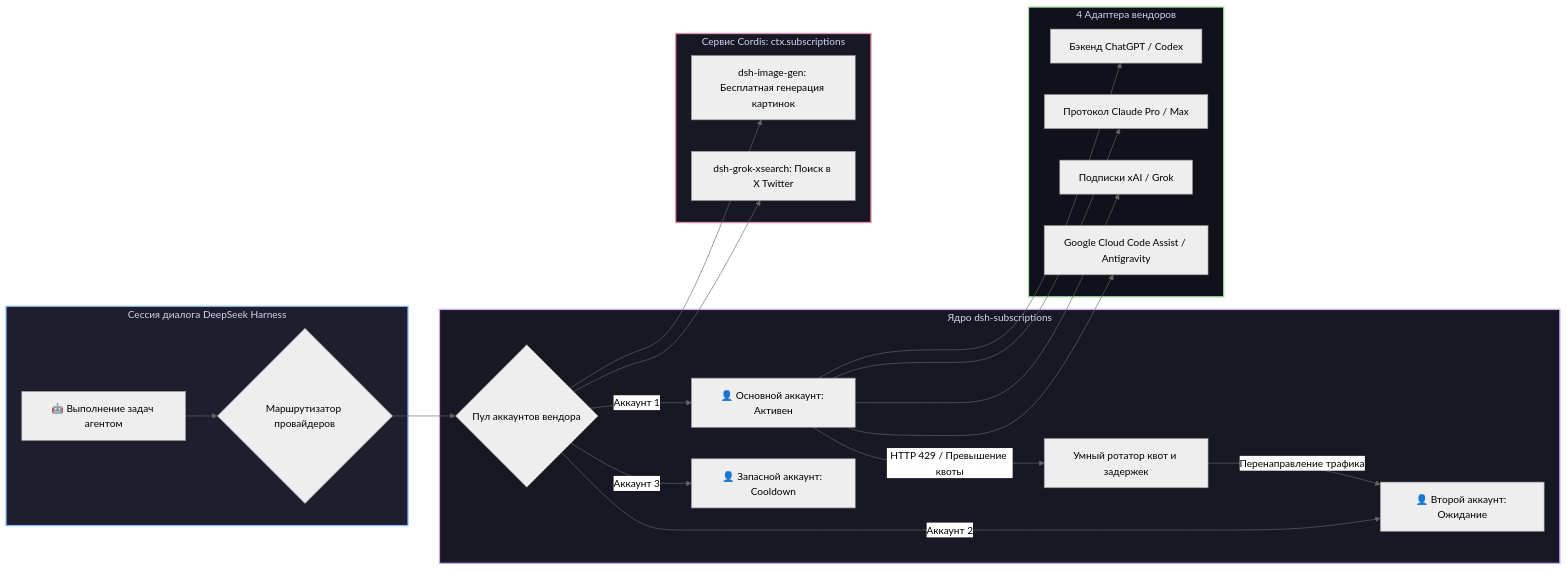
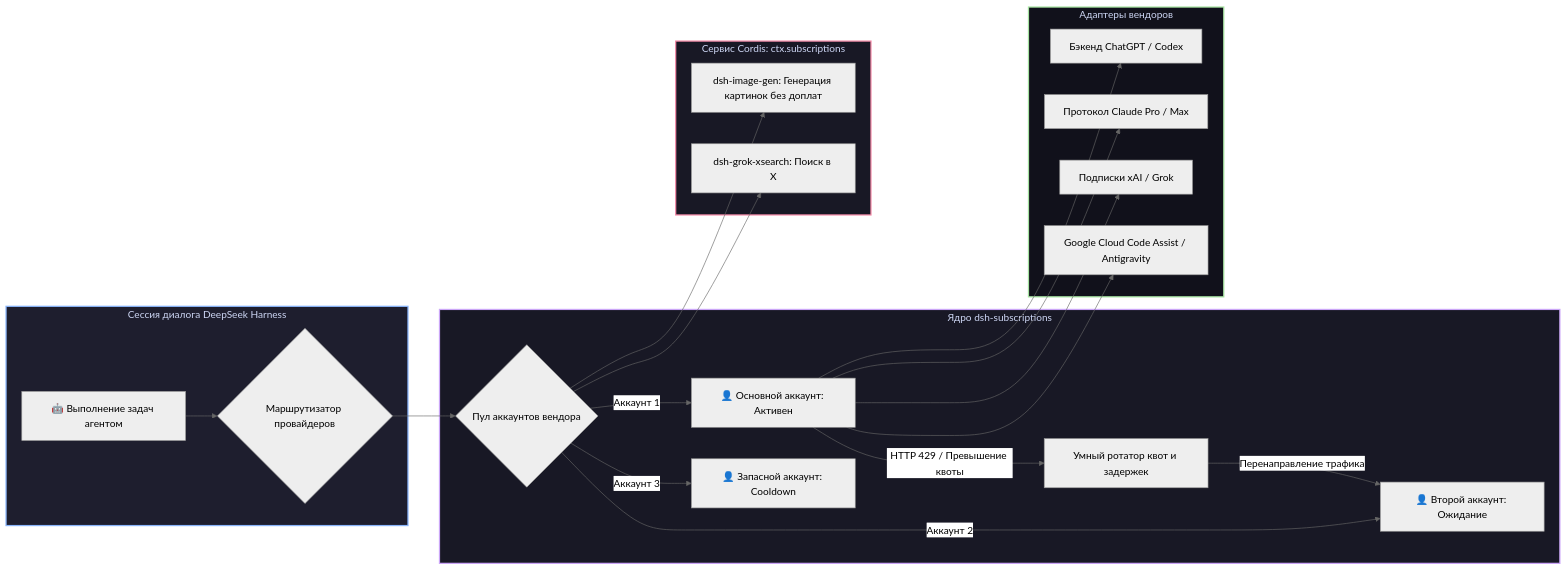
The diagram in README.ru.md (GooDAnDReaDY/dsh-subscriptions), drawn with Mermaid (neutral theme) before and after one commit. The commit also changed other lines of this file and 8 other files, not shown here.

````diff
--- a/README.ru.md
+++ b/README.ru.md
@@ -34,32 +34,32 @@
 ```mermaid
 graph LR
     subgraph DSHCore [Сессия диалога DeepSeek Harness]
         Agent[🤖 Выполнение задач агентом] --> Router{Маршрутизатор провайдеров}
     end
 
     subgraph SubscriptionsCore [Ядро dsh-subscriptions]
         Router --> Pool{Пул аккаунтов вендора}
         Pool -->|Аккаунт 1| Acc1[👤 Основной аккаунт: Активен]
         Pool -->|Аккаунт 2| Acc2[👤 Второй аккаунт: Ожидание]
         Pool -->|Аккаунт 3| Acc3[👤 Запасной аккаунт: Cooldown]
         Acc1 -->|HTTP 429 / Превышение квоты| Rotate[Умный ротатор квот и задержек]
         Rotate -->|Перенаправление трафика| Acc2
     end
 
-    subgraph VendorBridges [4 Адаптера вендоров]
+    subgraph VendorBridges [Адаптеры вендоров]
         Acc1 --> B1[Бэкенд ChatGPT / Codex]
         Acc1 --> B2[Протокол Claude Pro / Max]
         Acc1 --> B3[Подписки xAI / Grok]
         Acc1 --> B4[Google Cloud Code Assist / Antigravity]
     end
 
     subgraph EcosystemBridge [Сервис Cordis: ctx.subscriptions]
-        Pool --> ImgGen[dsh-image-gen: Бесплатная генерация картинок]
-        Pool --> XSearch[dsh-grok-xsearch: Поиск в X Twitter]
+        Pool --> ImgGen[dsh-image-gen: Генерация картинок без доплат]
+        Pool --> XSearch[dsh-grok-xsearch: Поиск в X]
     end
 
     style DSHCore fill:#1e1e2e,stroke:#89b4fa,stroke-width:2px,color:#cdd6f4
     style SubscriptionsCore fill:#181825,stroke:#cba6f7,stroke-width:2px,color:#cdd6f4
     style VendorBridges fill:#11111b,stroke:#a6e3a1,stroke-width:2px,color:#cdd6f4
     style EcosystemBridge fill:#181825,stroke:#f38ba8,stroke-width:2px,color:#cdd6f4
 ```
````
